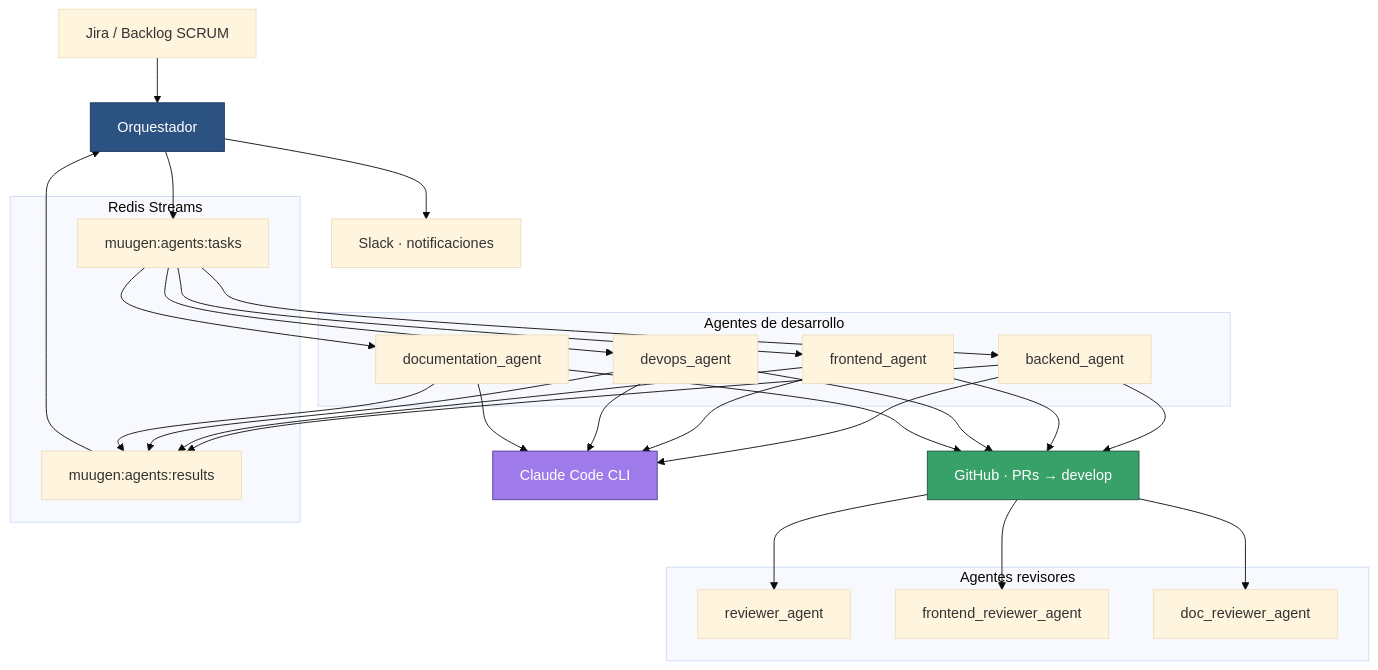
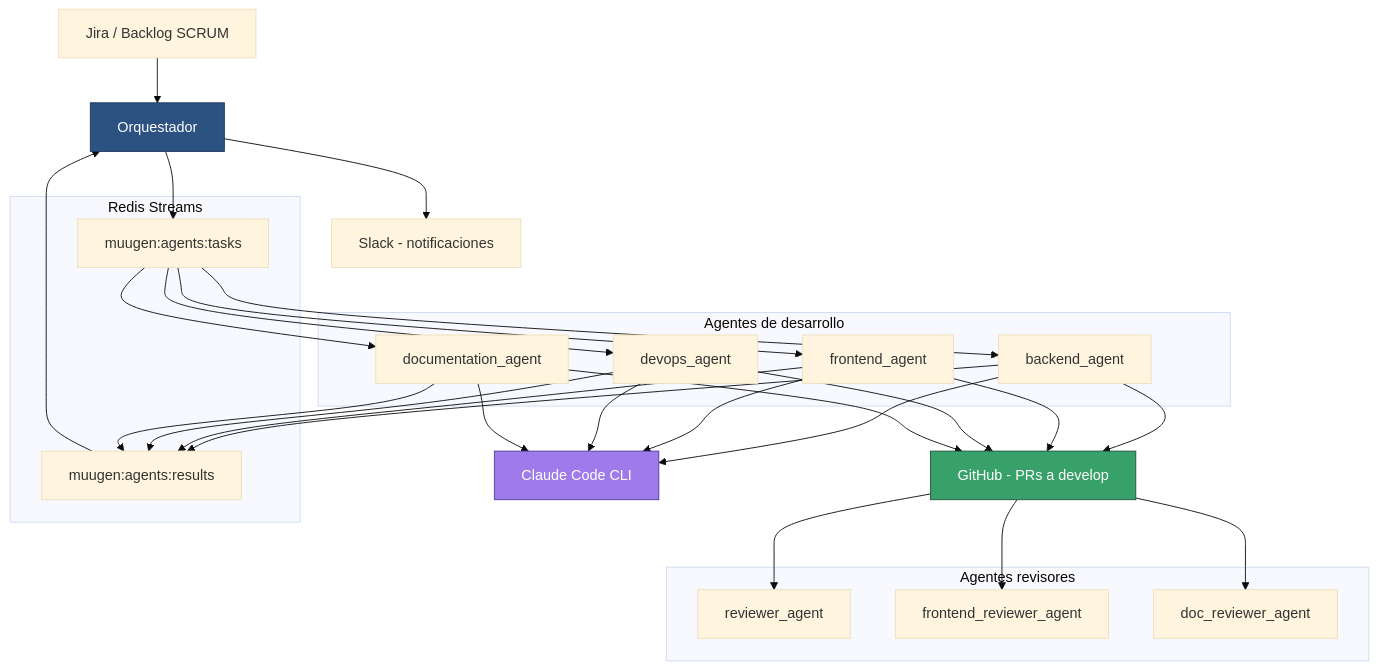
Before and after one commit to LIDR-academy/AI4Devs-finalproject: the fourth of 4 diagrams in readme.md, drawn with Mermaid (base theme). The commit also changed other lines of this file and 1 other file, not shown here.

````diff
--- a/readme.md
+++ b/readme.md
@@ -828,41 +817,41 @@
 ```mermaid
 graph TB
     Jira[Jira / Backlog SCRUM]
     Orchestrator[Orquestador]
 
     subgraph "Redis Streams"
         TasksStream[muugen:agents:tasks]
         ResultsStream[muugen:agents:results]
     end
 
     subgraph "Agentes de desarrollo"
         Backend[backend_agent]
         Frontend[frontend_agent]
         DevOps[devops_agent]
         Docs[documentation_agent]
     end
 
     subgraph "Agentes revisores"
         Reviewer[reviewer_agent]
         FReviewer[frontend_reviewer_agent]
         DReviewer[doc_reviewer_agent]
     end
 
     CLI[Claude Code CLI]
-    GitHub[GitHub · PRs → develop]
-    Slack[Slack · notificaciones]
+    GitHub[GitHub - PRs a develop]
+    Slack[Slack - notificaciones]
 
     Jira --> Orchestrator
     Orchestrator --> TasksStream
     TasksStream --> Backend & Frontend & DevOps & Docs
     Backend & Frontend & DevOps & Docs --> CLI
     Backend & Frontend & DevOps & Docs --> GitHub
     GitHub --> Reviewer & FReviewer & DReviewer
     Backend & Frontend & DevOps & Docs --> ResultsStream
     ResultsStream --> Orchestrator
     Orchestrator --> Slack
 
     style Orchestrator fill:#2c5282,stroke:#1a365d,color:#fff
     style CLI fill:#9f7aea,stroke:#553c9a,color:#fff
     style GitHub fill:#38a169,stroke:#22543d,color:#fff
 ```
````
